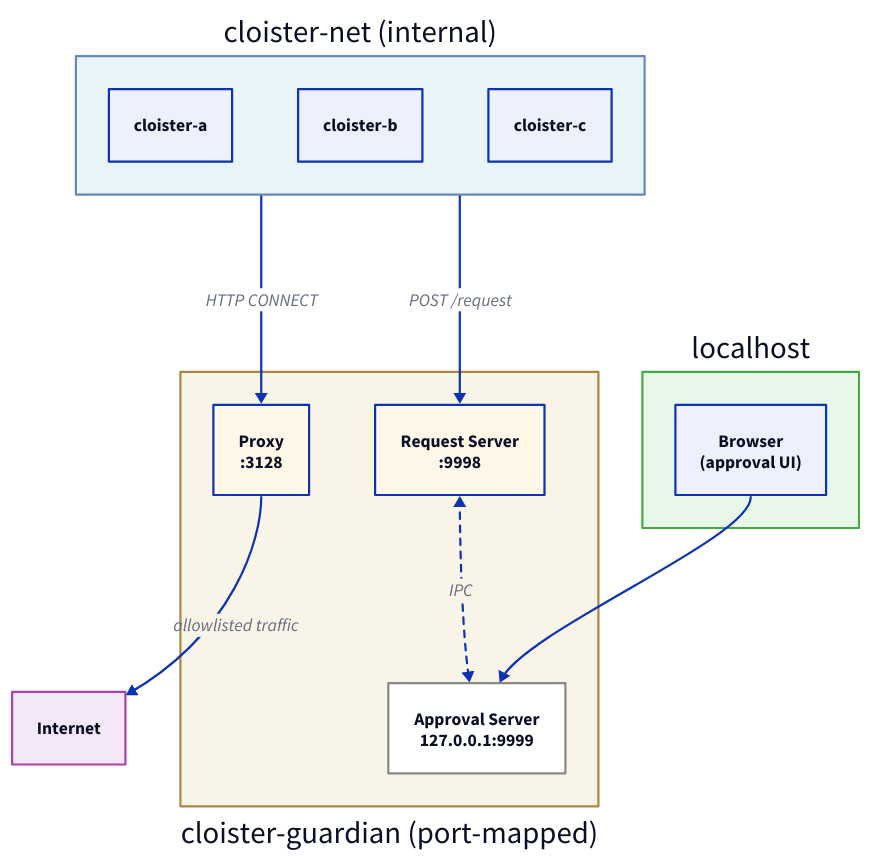
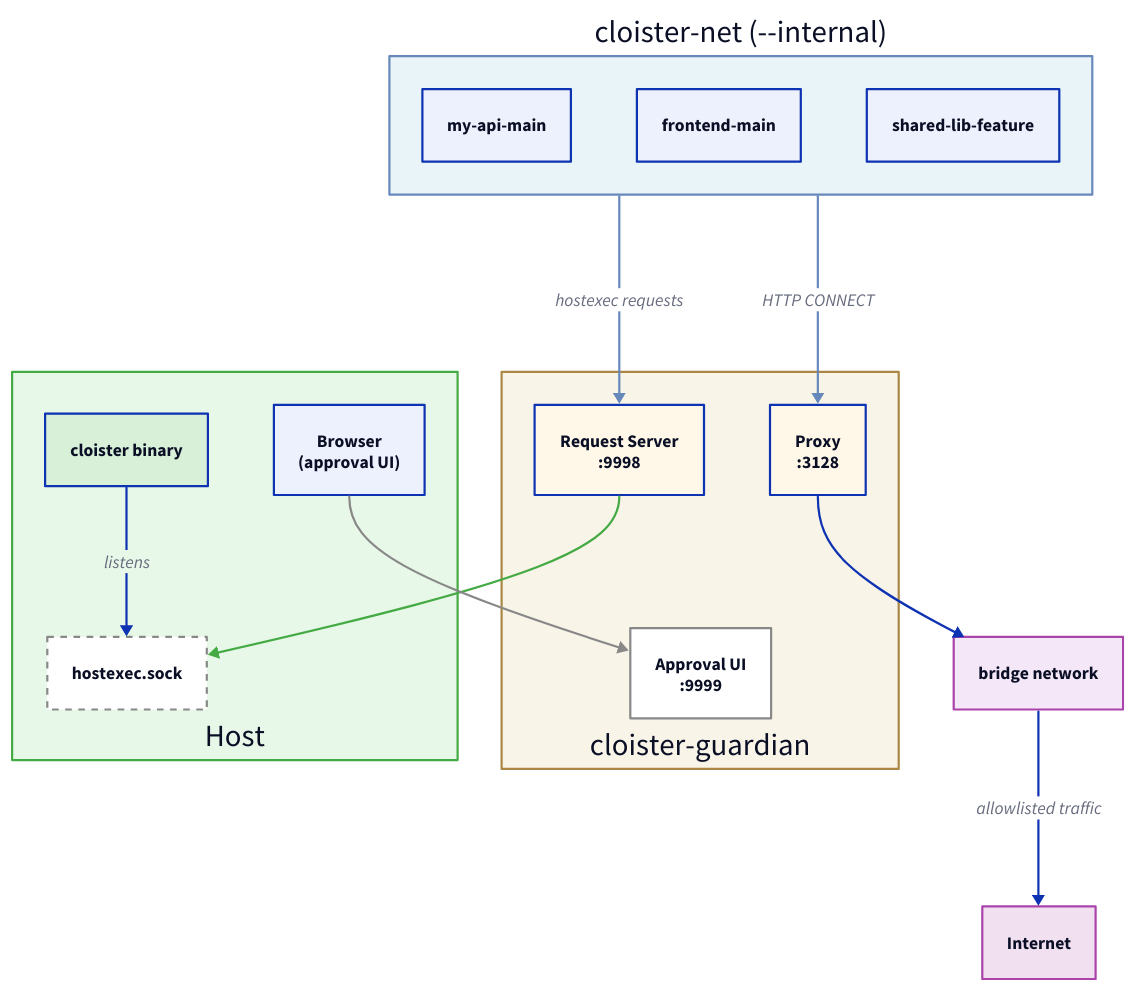
Before and after one commit to xdg/cloister: the diagram in docs/diagrams/network-topology.d2, drawn with D2. The commit also changed 10 other files, not shown here.

First line of the commit message:
Revise documentation with guardian architecture and CLI workflows

```diff
--- a/docs/diagrams/network-topology.d2
+++ b/docs/diagrams/network-topology.d2
@@ -1,49 +1,81 @@
 # Multi-Cloister Network Topology
 
-cloister_net: cloister-net (internal) {
+host: Host {
+  label.near: bottom-center
+  style.fill: "#e8f8e8"
+  style.stroke: "#4a4"
+
+  cloister_cli: "cloister binary" {
+    style.fill: "#d8f0d8"
+  }
+
+  socket: "hostexec.sock" {
+    style.fill: "#fff"
+    style.stroke: "#888"
+    style.stroke-dash: 3
+  }
+
+  browser: "Browser\n(approval UI)"
+
+  cloister_cli -> socket: listens
+}
+
+cloister_net: cloister-net (--internal) {
   style.fill: "#e8f4f8"
   style.stroke: "#68b"
 
-  cloister_a: cloister-a
-  cloister_b: cloister-b
-  cloister_c: cloister-c
+  cloister_a: my-api-main
+  cloister_b: frontend-main
+  cloister_c: shared-lib-feature
 }
 
-guardian: cloister-guardian (port-mapped) {
-  label.near: outside-bottom-center
+guardian: cloister-guardian {
+  label.near: bottom-center
   style.fill: "#f8f4e8"
   style.stroke: "#a84"
 
   proxy: "Proxy\n:3128" {
     style.fill: "#fff8e8"
   }
   request: "Request Server\n:9998" {
     style.fill: "#fff8e8"
   }
-  approval: "Approval Server\n127.0.0.1:9999" {
+  approval: "Approval UI\n:9999" {
     style.fill: "#fff"
     style.stroke: "#888"
   }
 }
 
-internet: Internet {
+bridge: bridge network {
   style.fill: "#f4e8f8"
   style.stroke: "#a4a"
 }
 
-host: "localhost" {
-  style.fill: "#e8f8e8"
-  style.stroke: "#4a4"
-
-  browser: "Browser\n(approval UI)"
+internet: Internet {
+  style.fill: "#f0e0f0"
+  style.stroke: "#a4a"
 }
 
-cloister_net -> guardian.proxy: HTTP CONNECT
-cloister_net -> guardian.request: POST /request
-guardian.request <-> guardian.approval: IPC {
-  style.stroke-dash: 3
+# Cloister containers -> Guardian (on cloister-net)
+cloister_net -> guardian.proxy: HTTP CONNECT {
+  style.stroke: "#68b"
 }
-guardian.proxy -> internet: allowlisted traffic
-host.browser -> guardian.approval
+cloister_net -> guardian.request: hostexec requests {
+  style.stroke: "#68b"
+}
+
+# Guardian -> Internet (via bridge)
+guardian.proxy -> bridge
+bridge -> internet: allowlisted traffic
+
+# Host command execution via Unix socket
+guardian.request -> host.socket {
+  style.stroke: "#4a4"
+}
+
+# Approval UI exposed to host
+host.browser -> guardian.approval {
+  style.stroke: "#888"
+}
 
 # vim: set ts=2 sts=2 sw=2 et tw=75:
```
